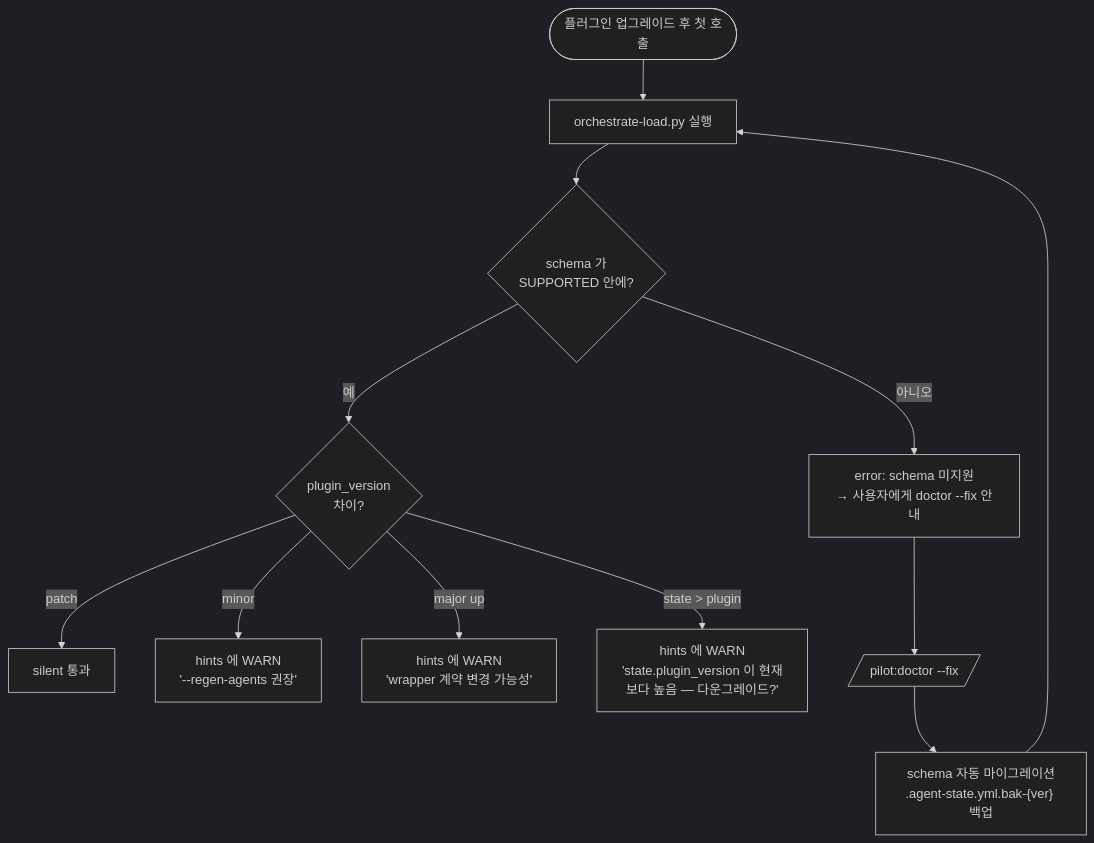
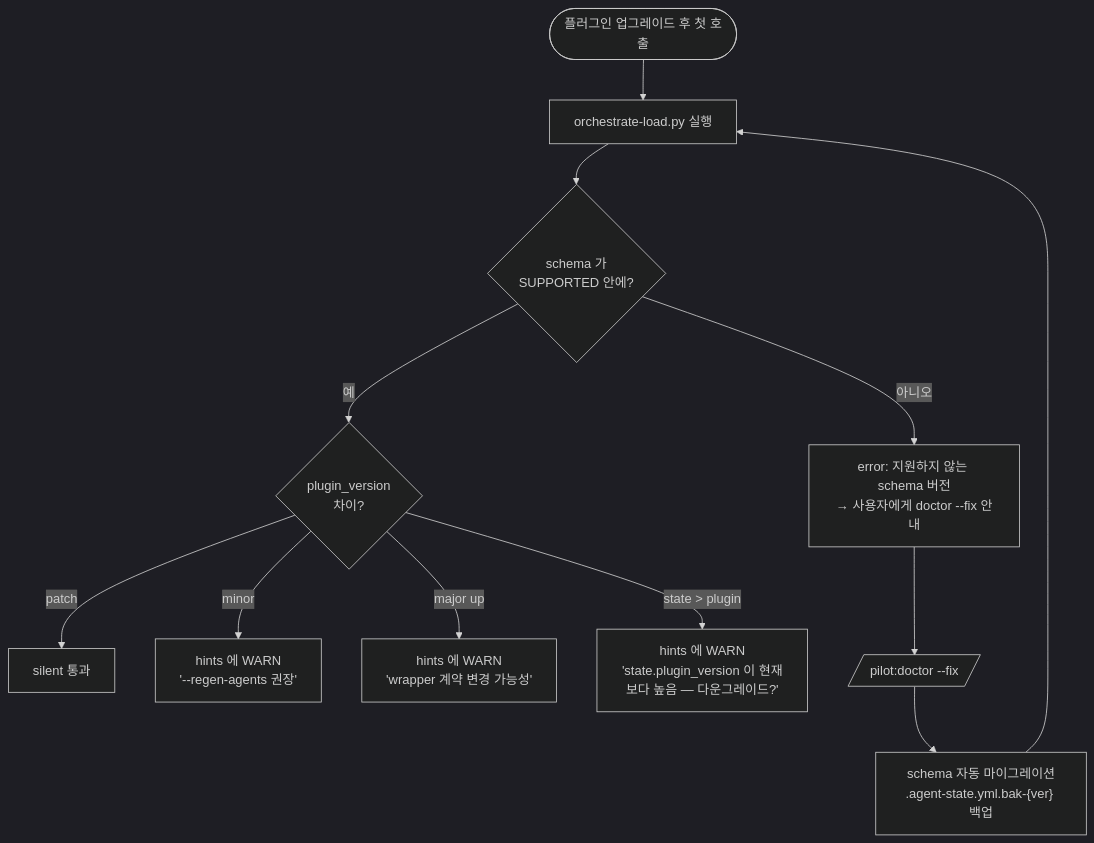
One commit to radiostart/claude-plugins changed the diagram in pilot/docs/explanation/release-and-upgrade.md. Above: the diagram before and after it, drawn with Mermaid (dark theme). The commit also changed other lines of this file and 29 other files, not shown here.

````diff
--- a/pilot/docs/explanation/release-and-upgrade.md
+++ b/pilot/docs/explanation/release-and-upgrade.md
@@ -31,18 +31,18 @@
 ```mermaid
 flowchart TD
     Start([플러그인 업그레이드 후 첫 호출])
     Start --> Load[orchestrate-load.py 실행]
     Load --> SchemaCheck{schema 가<br/>SUPPORTED 안에?}
 
     SchemaCheck -->|예| VerCheck{plugin_version<br/>차이?}
-    SchemaCheck -->|아니오| Reject["error: schema 미지원<br/>→ 사용자에게 doctor --fix 안내"]
+    SchemaCheck -->|아니오| Reject["error: 지원하지 않는 schema 버전<br/>→ 사용자에게 doctor --fix 안내"]
 
     VerCheck -->|patch| Silent[silent 통과]
     VerCheck -->|minor| Warn["hints 에 WARN<br/>'--regen-agents 권장'"]
     VerCheck -->|major up| WarnMajor["hints 에 WARN<br/>'wrapper 계약 변경 가능성'"]
     VerCheck -->|state > plugin| WarnHigher["hints 에 WARN<br/>'state.plugin_version 이 현재보다 높음 — 다운그레이드?'"]
 
     Reject --> DoctorFix[/pilot:doctor --fix/]
     DoctorFix --> Migrate["schema 자동 마이그레이션<br/>.agent-state.yml.bak-{ver} 백업"]
     Migrate --> Load
 ```
````
